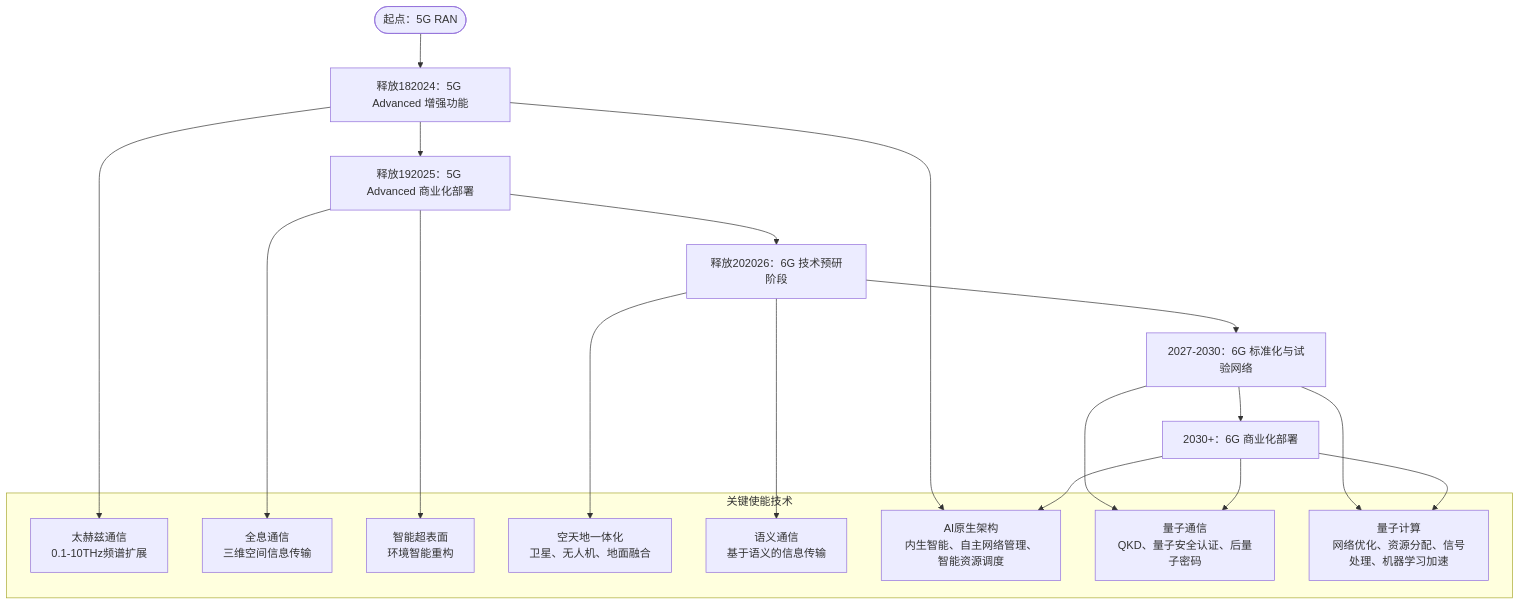
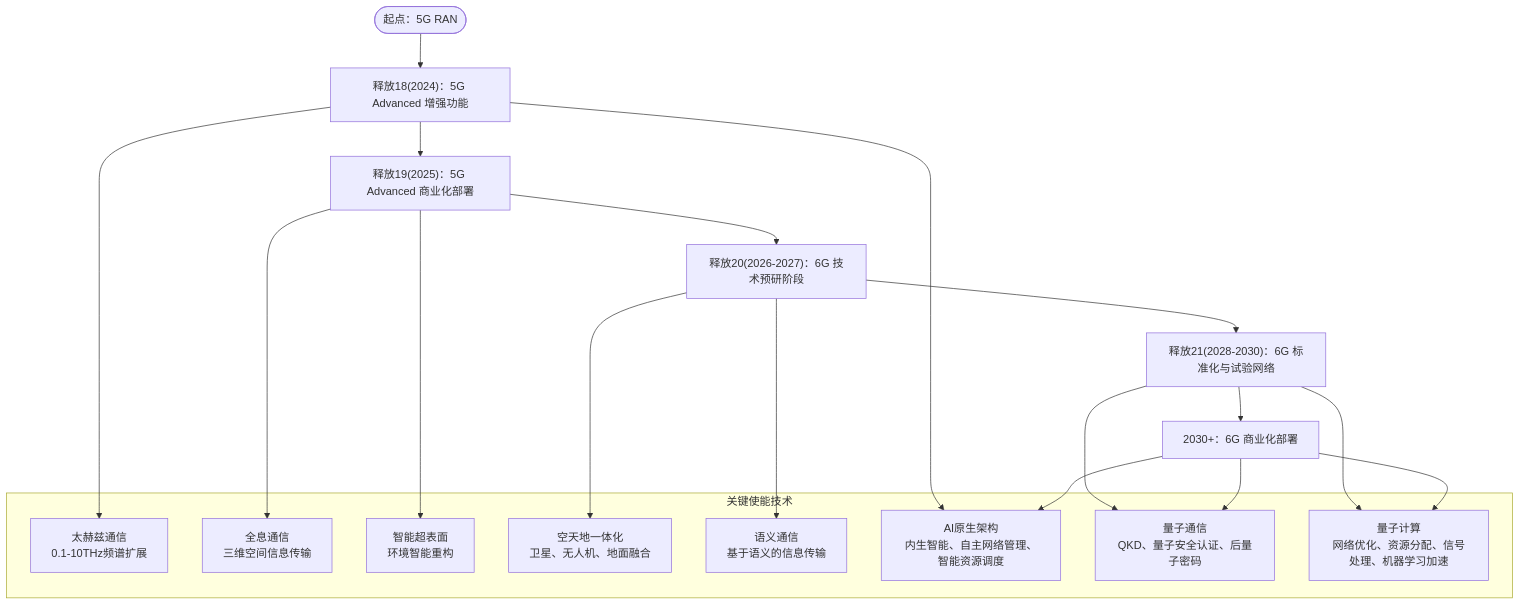
The second of 3 diagrams in .qoder/repowiki/zh/content/未来发展/技术演进路线图.md (allengaller/oran-database), drawn with Mermaid before and after one commit. The commit also changed other lines of this file and 13 other files, not shown here.

````diff
--- a/.qoder/repowiki/zh/content/未来发展/技术演进路线图.md
+++ b/.qoder/repowiki/zh/content/未来发展/技术演进路线图.md
@@ -82,29 +89,29 @@
 ```mermaid
 flowchart TD
-Start(["起点：5G RAN"]) --> A["释放182024：5G Advanced 增强功能"]
-A --> B["释放192025：5G Advanced 商业化部署"]
-B --> C["释放202026：6G 技术预研阶段"]
-C --> D["2027-2030：6G 标准化与试验网络"]
+Start(["起点：5G RAN"]) --> A["释放18(2024)：5G Advanced 增强功能"]
+A --> B["释放19(2025)：5G Advanced 商业化部署"]
+B --> C["释放20(2026-2027)：6G 技术预研阶段"]
+C --> D["释放21(2028-2030)：6G 标准化与试验网络"]
 D --> E["2030+：6G 商业化部署"]
 subgraph "关键使能技术"
 F["太赫兹通信<br/>0.1-10THz频谱扩展"]
 G["全息通信<br/>三维空间信息传输"]
 H["智能超表面<br/>环境智能重构"]
 I["空天地一体化<br/>卫星、无人机、地面融合"]
 J["语义通信<br/>基于语义的信息传输"]
 K["AI原生架构<br/>内生智能、自主网络管理、智能资源调度"]
 L["量子通信<br/>QKD、量子安全认证、后量子密码"]
 M["量子计算<br/>网络优化、资源分配、信号处理、机器学习加速"]
 end
 A --> F
 A --> K
 B --> G
 B --> H
 C --> I
 C --> J
 D --> L
 D --> M
 E --> K
 E --> L
 E --> M
 ```
````
